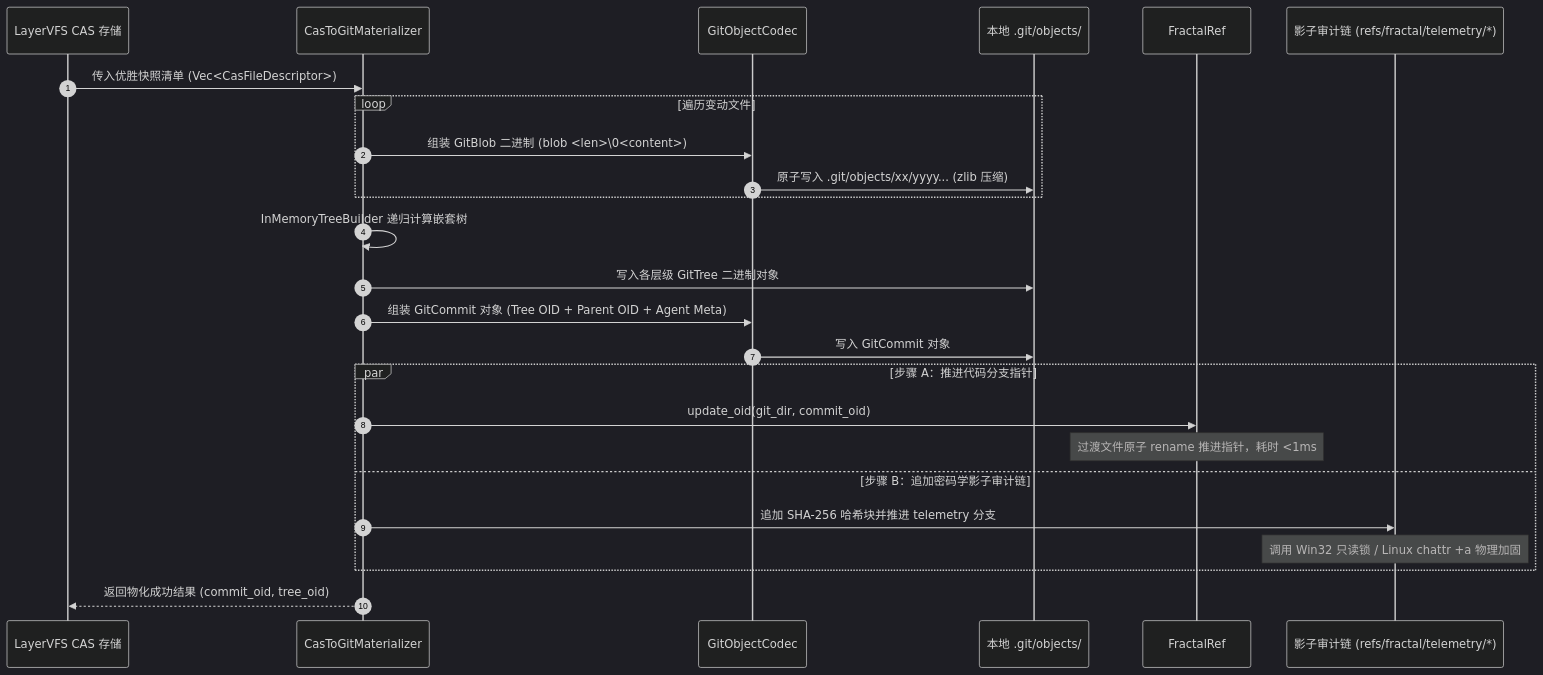
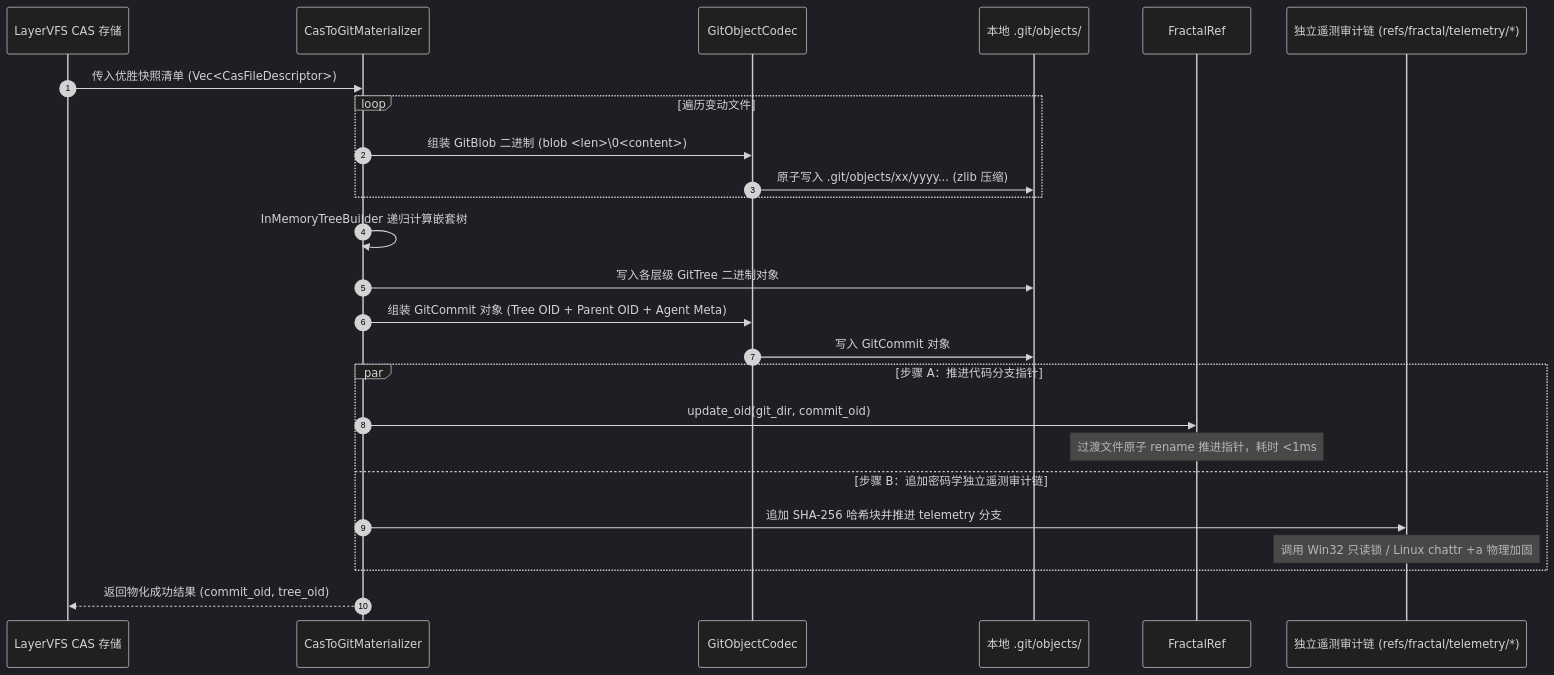
The second of 2 diagrams in fractal-git/docs/04-lockless-in-memory-engine.md (guilingzhouyi-creator/vscode-extensions), drawn with Mermaid (dark theme) before and after one commit. The commit also changed other lines of this file and 20 other files, not shown here.

````diff
--- a/fractal-git/docs/04-lockless-in-memory-engine.md
+++ b/fractal-git/docs/04-lockless-in-memory-engine.md
@@ -75,33 +75,33 @@
 ```mermaid
 sequenceDiagram
   autonumber
   participant VFS as LayerVFS CAS 存储
   participant Mat as CasToGitMaterializer
   participant Codec as GitObjectCodec
   participant ODB as 本地 .git/objects/
   participant Ref as FractalRef
-  participant Telemetry as 影子审计链 (refs/fractal/telemetry/*)
+  participant Telemetry as 独立遥测审计链 (refs/fractal/telemetry/*)
 
   VFS->>Mat: 传入优胜快照清单 (Vec<CasFileDescriptor>)
   
   loop 遍历变动文件
     Mat->>Codec: 组装 GitBlob 二进制 (blob <len>\0<content>)
     Codec->>ODB: 原子写入 .git/objects/xx/yyyy... (zlib 压缩)
   end
 
   Mat->>Mat: InMemoryTreeBuilder 递归计算嵌套树
   Mat->>ODB: 写入各层级 GitTree 二进制对象
   
   Mat->>Codec: 组装 GitCommit 对象 (Tree OID + Parent OID + Agent Meta)
   Codec->>ODB: 写入 GitCommit 对象
   
   par 步骤 A：推进代码分支指针
     Mat->>Ref: update_oid(git_dir, commit_oid)
     Note over Ref: 过渡文件原子 rename 推进指针，耗时 <1ms
-  and 步骤 B：追加密码学影子审计链
+  and 步骤 B：追加密码学独立遥测审计链
     Mat->>Telemetry: 追加 SHA-256 哈希块并推进 telemetry 分支
     Note over Telemetry: 调用 Win32 只读锁 / Linux chattr +a 物理加固
   end
   
   Mat-->>VFS: 返回物化成功结果 (commit_oid, tree_oid)
 ```
````
